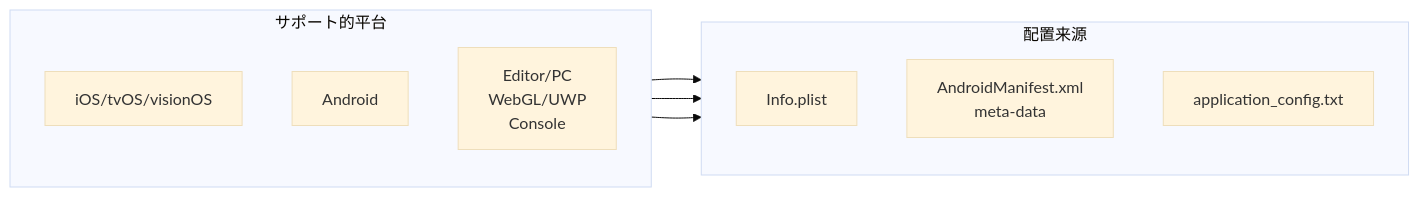
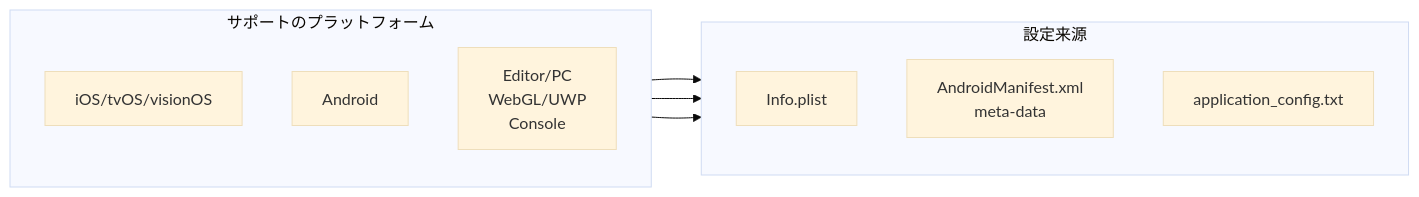
One commit to AlianBlank/GameFrameX.Docs changed the second of 3 diagrams in docs/ja/client/unity/component/getchannel/01.overview.md. Above: the diagram before and after it, drawn with Mermaid (base theme). The commit also changed other lines of this file and 320 other files, not shown here.

````diff
--- a/docs/ja/client/unity/component/getchannel/01.overview.md
+++ b/docs/ja/client/unity/component/getchannel/01.overview.md
@@ -73,20 +73,20 @@
 ```mermaid
 flowchart LR
-    subgraph Platforms["サポート的平台"]
+    subgraph Platforms["サポートのプラットフォーム"]
         direction TB
         iOS[iOS/tvOS/visionOS]
         Android[Android]
         Desktop[Editor/PC<br/>WebGL/UWP<br/>Console]
     end
 
-    subgraph ConfigSources["配置来源"]
+    subgraph ConfigSources["設定来源"]
         direction TB
         Plist[Info.plist]
         Manifest[AndroidManifest.xml<br/>meta-data]
         ConfigTxt[application_config.txt]
     end
 
     iOS --> Plist
     Android --> Manifest
     Desktop --> ConfigTxt
 ```
````
